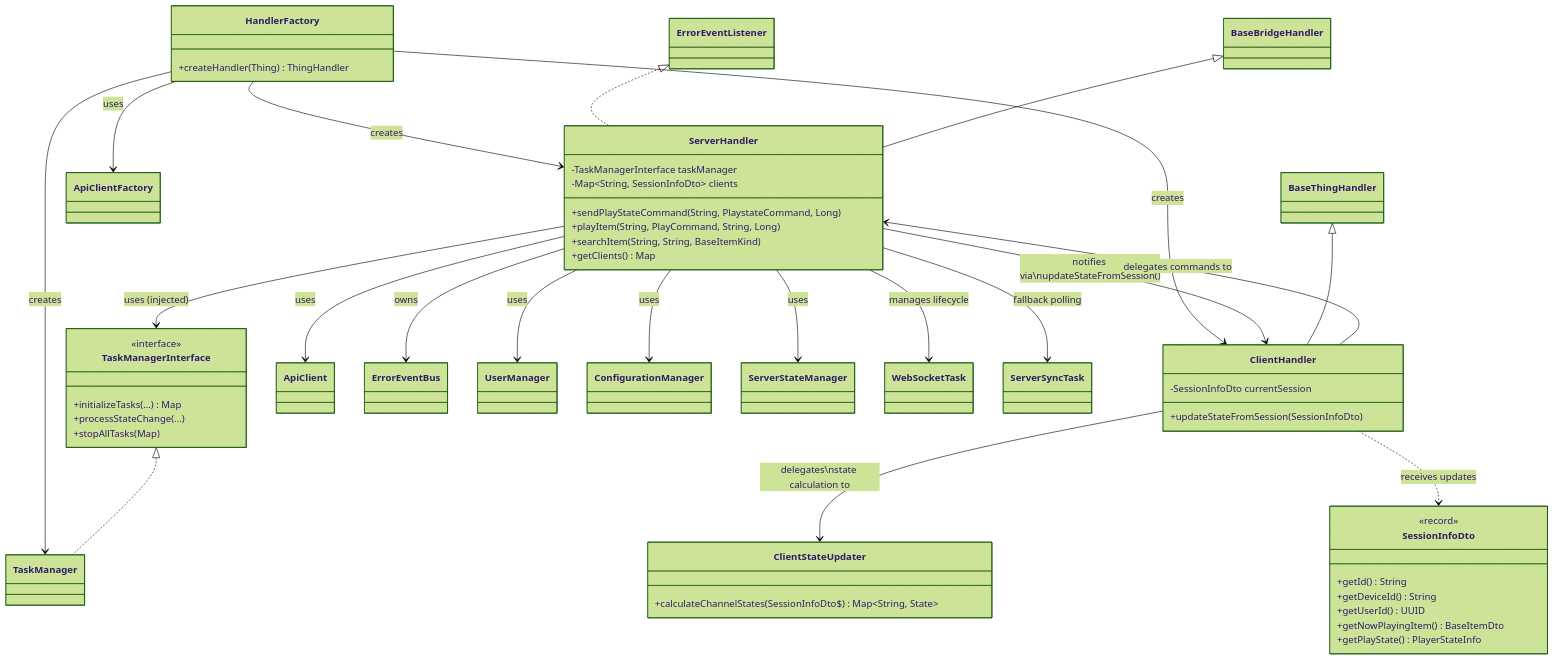
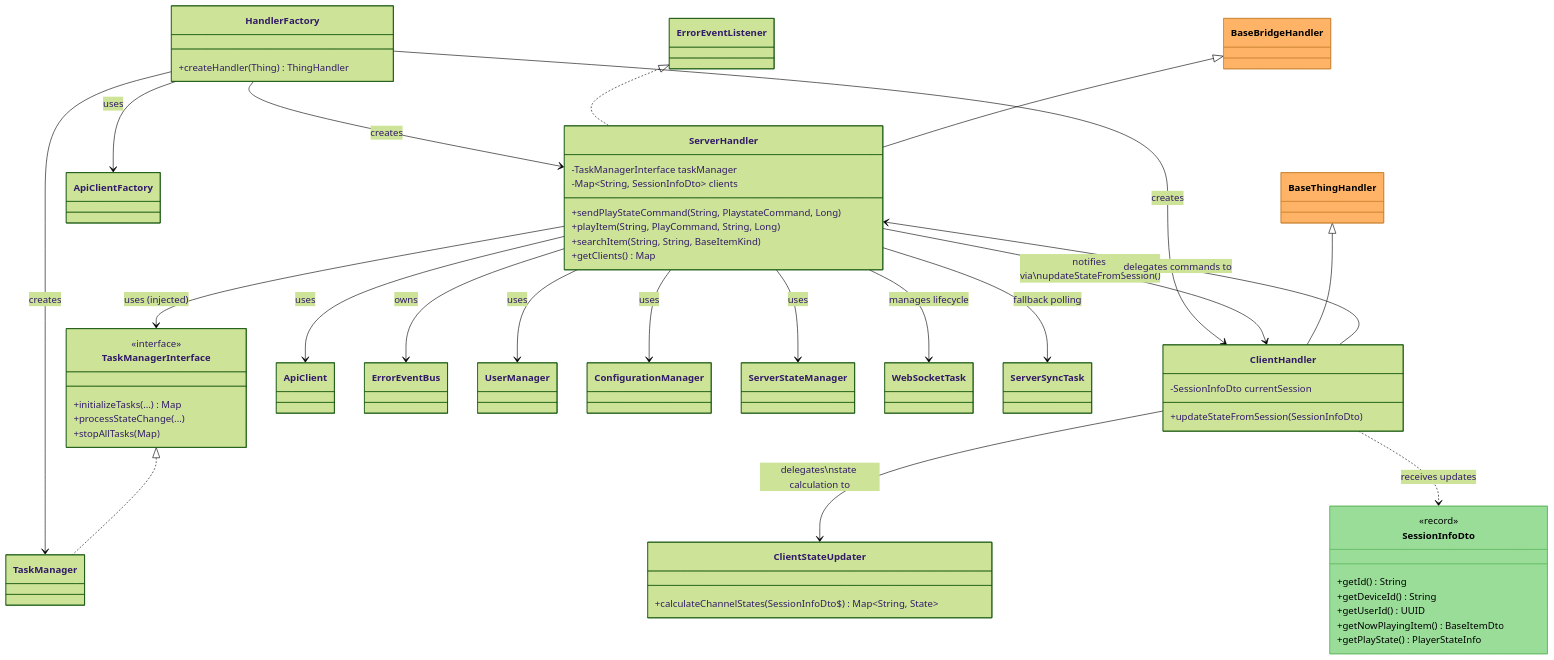
The diagram in bundles/org.openhab.binding.jellyfin/docs/architecture/core-handler.md (openhab/openhab-addons), drawn with Mermaid (forest theme) before and after one commit. The commit also changed 5 other files, not shown here.

````diff
--- a/bundles/org.openhab.binding.jellyfin/docs/architecture/core-handler.md
+++ b/bundles/org.openhab.binding.jellyfin/docs/architecture/core-handler.md
@@ -6,73 +6,71 @@
 ```mermaid
 classDiagram
     %% Core handler relationships
     HandlerFactory --> ServerHandler : creates
     HandlerFactory --> ClientHandler : creates
     HandlerFactory --> TaskManager : creates
     HandlerFactory --> ApiClientFactory : uses
 
     ServerHandler --> TaskManagerInterface : uses (injected)
     ServerHandler --> ApiClient : uses
     ServerHandler --> ErrorEventBus : owns
     ServerHandler --> UserManager : uses
     ServerHandler --> ConfigurationManager : uses
     ServerHandler --> ServerStateManager : uses
     ServerHandler --> WebSocketTask : manages lifecycle
     ServerHandler --> ServerSyncTask : fallback polling
     ServerHandler --> ClientHandler : notifies via\nupdateStateFromSession()
 
     ClientHandler --> ServerHandler : delegates commands to
     ClientHandler --> ClientStateUpdater : delegates\nstate calculation to
     ClientHandler ..> SessionInfoDto : receives updates
 
     %% Key interfaces
     TaskManagerInterface <|.. TaskManager
     ErrorEventListener <|.. ServerHandler
     BaseBridgeHandler <|-- ServerHandler
     BaseThingHandler <|-- ClientHandler
 
     class HandlerFactory {
         +createHandler(Thing) ThingHandler
     }
 
     class ServerHandler {
         -TaskManagerInterface taskManager
         -Map~String, SessionInfoDto~ clients
         +sendPlayStateCommand(String, PlaystateCommand, Long)
         +playItem(String, PlayCommand, String, Long)
         +searchItem(String, String, BaseItemKind)
         +getClients() Map
     }
 
     class ClientHandler {
         -SessionInfoDto currentSession
         +updateStateFromSession(SessionInfoDto)
     }
 
     class ClientStateUpdater {
         +calculateChannelStates(SessionInfoDto$) Map~String, State~
     }
 
     class TaskManagerInterface {
         <<interface>>
         +initializeTasks(...) Map
         +processStateChange(...)
         +stopAllTasks(Map)
     }
 
     class SessionInfoDto {
         <<record>>
         +getId() String
         +getDeviceId() String
         +getUserId() UUID
         +getNowPlayingItem() BaseItemDto
         +getPlayState() PlayerStateInfo
     }
 
     %% Color scheme for external libraries
-    classDef openhabCore fill:#ffb366,stroke:#cc8533,color:#000
-    classDef openhabApi fill:#99dd99,stroke:#66bb66,color:#000
-    cssClass "BaseThingHandler" openhabCore
-    cssClass "BaseBridgeHandler" openhabCore
-    cssClass "SessionInfoDto" openhabApi
+    style BaseBridgeHandler fill:#ffb366,stroke:#cc8533,color:#000
+    style BaseThingHandler fill:#ffb366,stroke:#cc8533,color:#000
+    style SessionInfoDto fill:#99dd99,stroke:#66bb66,color:#000
 ```
````
